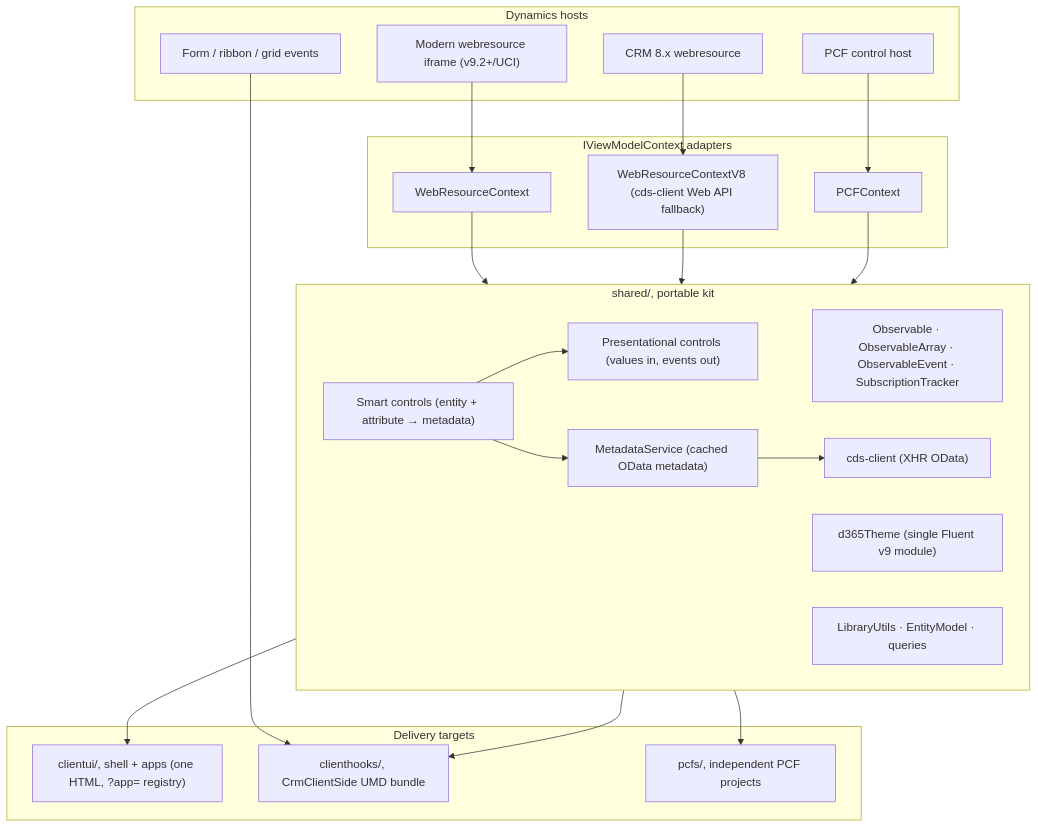
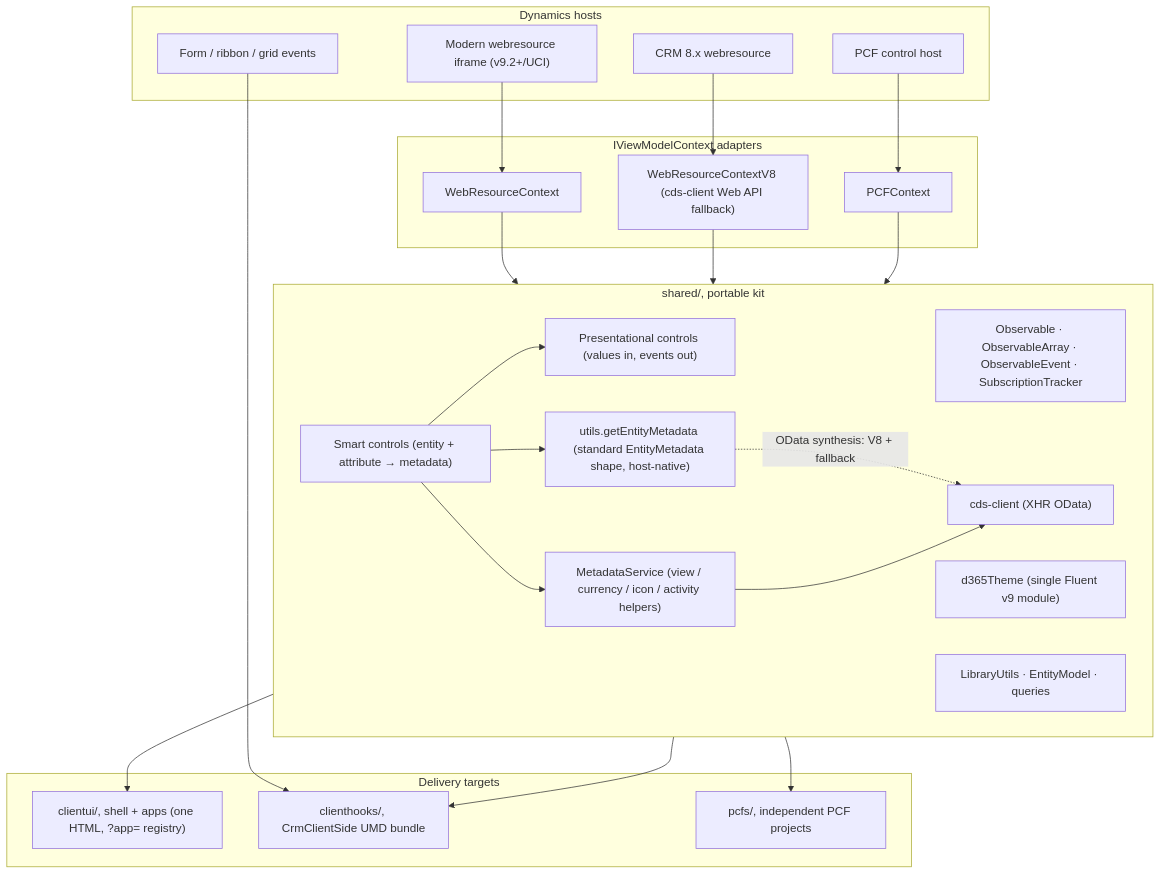
One commit to antoniocuegervas/d365-clientside-kit changed the diagram in docs/architecture.md. Above: the diagram before and after it, drawn with Mermaid. The commit also changed other lines of this file and 44 other files, not shown here.

````diff
--- a/docs/architecture.md
+++ b/docs/architecture.md
@@ -7,45 +7,48 @@
 ```mermaid
 flowchart TB
     subgraph hosts [Dynamics hosts]
         ModernWR["Modern webresource iframe (v9.2+/UCI)"]
         LegacyWR["CRM 8.x webresource"]
         PCFHost["PCF control host"]
         Scripts["Form / ribbon / grid events"]
     end
 
     subgraph adapters [IViewModelContext adapters]
         WRC["WebResourceContext"]
         WRC8["WebResourceContextV8 (cds-client Web API fallback)"]
         PCFC["PCFContext"]
     end
 
     subgraph kit [shared/, portable kit]
         Reactivity["Observable · ObservableArray · ObservableEvent · SubscriptionTracker"]
         Smart["Smart controls (entity + attribute → metadata)"]
         Pres["Presentational controls (values in, events out)"]
-        Meta["MetadataService (cached OData metadata)"]
+        NativeMeta["utils.getEntityMetadata (standard EntityMetadata shape, host-native)"]
+        Meta["MetadataService (view / currency / icon / activity helpers)"]
         Cds["cds-client (XHR OData)"]
         Theme["d365Theme (single Fluent v9 module)"]
         Utils["LibraryUtils · EntityModel · queries"]
     end
 
     subgraph delivery [Delivery targets]
         ClientUI["clientui/, shell + apps (one HTML, ?app= registry)"]
         Hooks["clienthooks/, CrmClientSide UMD bundle"]
         PCFs["pcfs/, independent PCF projects"]
     end
 
     ModernWR --> WRC
     LegacyWR --> WRC8
     PCFHost --> PCFC
     Scripts --> Hooks
     WRC --> kit
     WRC8 --> kit
     PCFC --> kit
     kit --> ClientUI
     kit --> Hooks
     kit --> PCFs
     Smart --> Pres
+    Smart --> NativeMeta
     Smart --> Meta
+    NativeMeta -.->|"OData synthesis: V8 + fallback"| Cds
     Meta --> Cds
 ```
````
